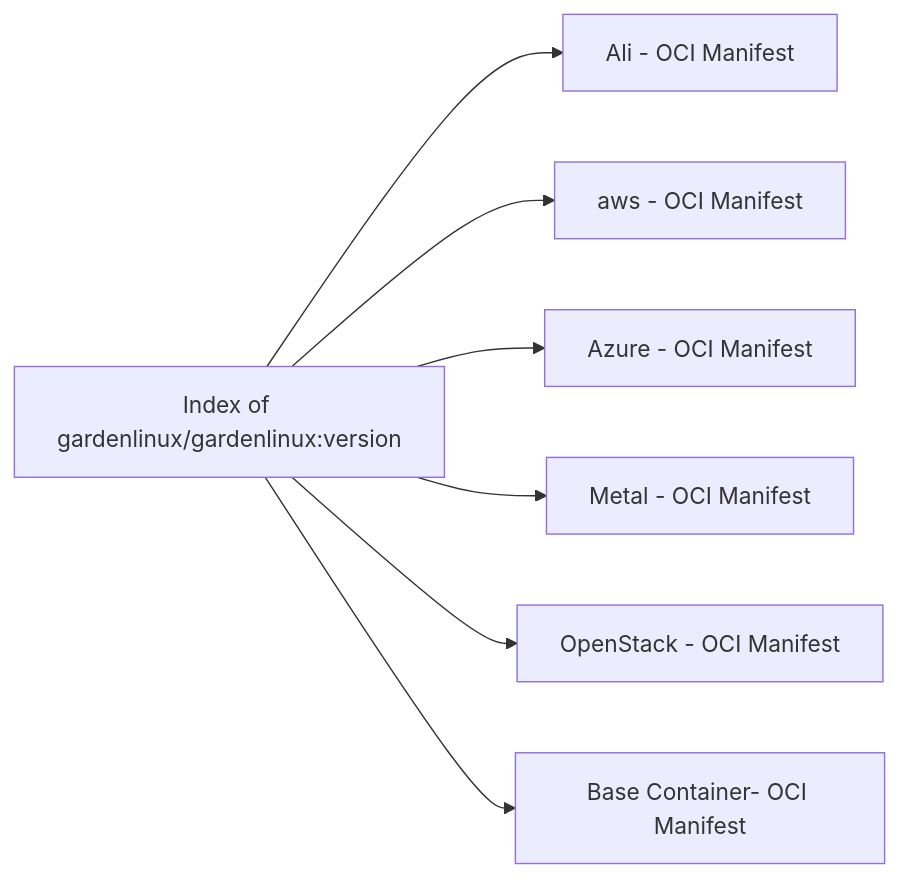
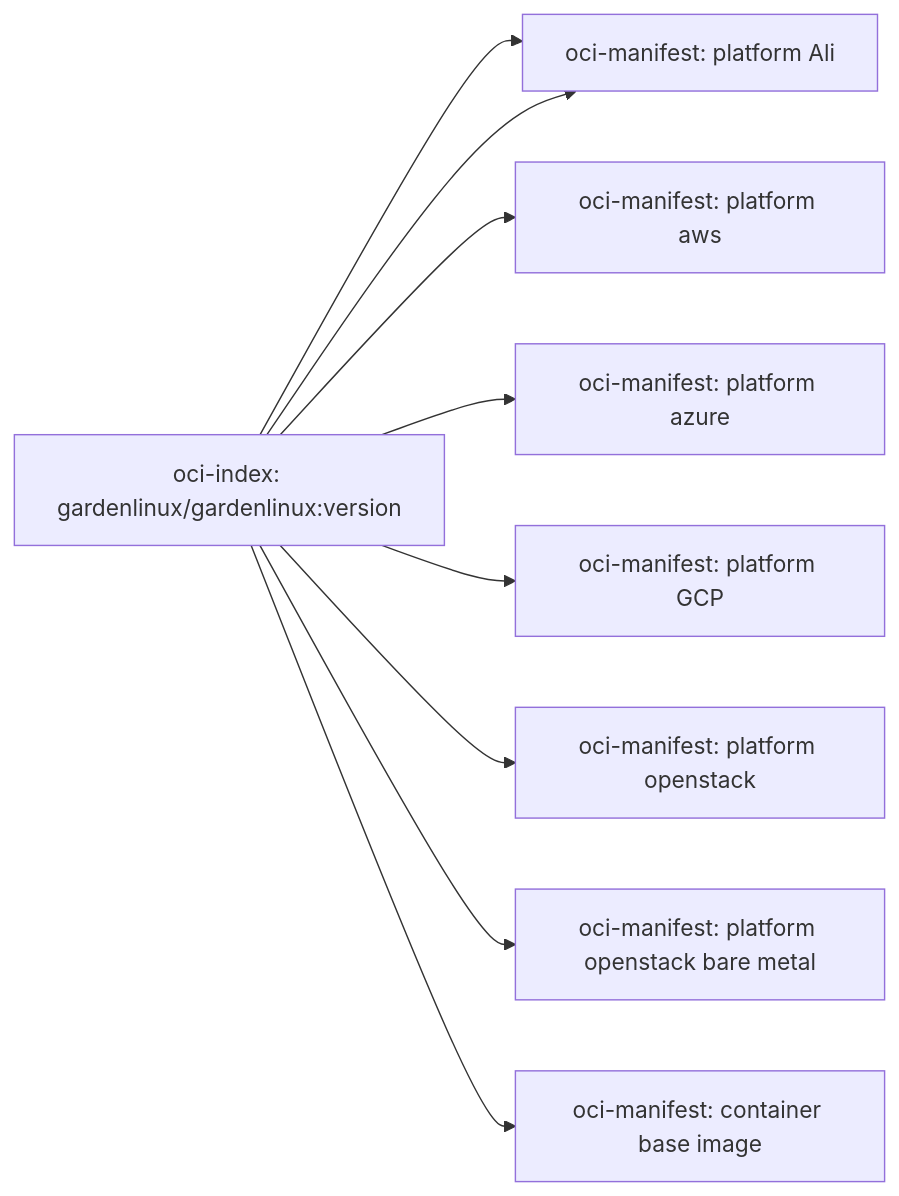
Before and after one commit to gardenlinux/gardenlinux: the first of 4 diagrams in docs/01_developers/ocm/oci-implementation-specification.md, drawn with Mermaid. The commit also changed other lines of this file, not shown here.

````diff
--- a/docs/01_developers/ocm/oci-implementation-specification.md
+++ b/docs/01_developers/ocm/oci-implementation-specification.md
@@ -14,11 +18,13 @@
 ```mermaid
 graph LR;
 
-    Index[Index of gardenlinux/gardenlinux:version]--> ALI[Ali - OCI Manifest];
-    Index[Index of gardenlinux/gardenlinux:version]--> AWS[aws - OCI Manifest];
-    Index[Index of gardenlinux/gardenlinux:version]--> AZURE[Azure - OCI Manifest];
-    Index[Index of gardenlinux/gardenlinux:version]--> metal[Metal - OCI Manifest];
-    Index[Index of gardenlinux/gardenlinux:version]--> OPENSTACK[OpenStack - OCI Manifest];
-    Index[Index of gardenlinux/gardenlinux:version]--> Container[Base Container- OCI Manifest];
+    Index[oci-index: gardenlinux/gardenlinux:version]--> ALI[Ali - OCI Manifest];
+    Index--> AWS[oci-manifest: platform aws];
+    Index--> AZURE[oci-manifest: platform azure];
+    Index--> ALI[oci-manifest: platform Ali];
+    Index--> GCP[oci-manifest: platform GCP];
+    Index--> OPENSTACK[oci-manifest: platform openstack];
+    Index--> OPENSTACK_BAREMETAL[oci-manifest: platform openstack bare metal];
+    Index--> CONTAINER[oci-manifest: container base image];
     
 ```
````
